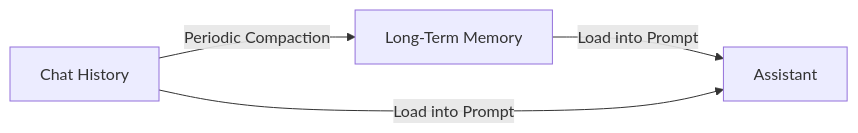
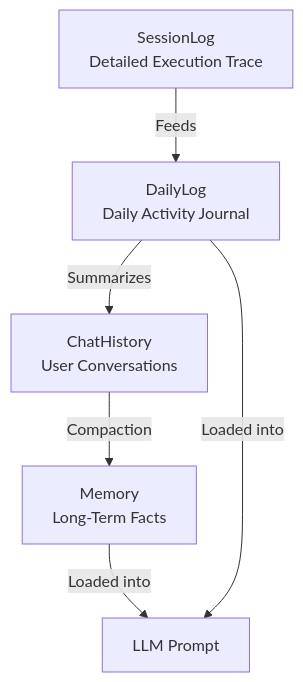
One commit to wutsi/kokibot changed the tenth of 14 diagrams in ARCHITECTURE.md. Above: the diagram before and after it, drawn with Mermaid. The commit also changed other lines of this file and 6 other files, not shown here.

````diff
--- a/ARCHITECTURE.md
+++ b/ARCHITECTURE.md
@@ -446,6 +728,9 @@
 ```mermaid
-graph LR
-    Chat[Chat History] -->|Periodic Compaction| Memory[Long-Term Memory]
-    Memory -->|Load into Prompt| Assistant[Assistant]
-    Chat -->|Load into Prompt| Assistant
+graph TB
+    SessionLog[SessionLog<br/>Detailed Execution Trace] -->|Feeds| DailyLog[DailyLog<br/>Daily Activity Journal]
+    DailyLog -->|Summarizes| ChatHistory[ChatHistory<br/>User Conversations]
+    ChatHistory -->|Compaction| Memory[Memory<br/>Long-Term Facts]
+    
+    Memory -->|Loaded into| Prompt[LLM Prompt]
+    DailyLog -->|Loaded into| Prompt
 ```
````
